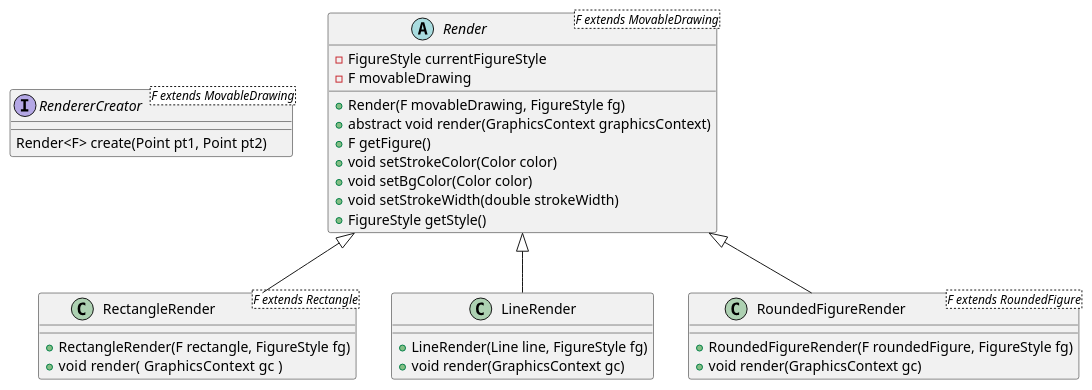
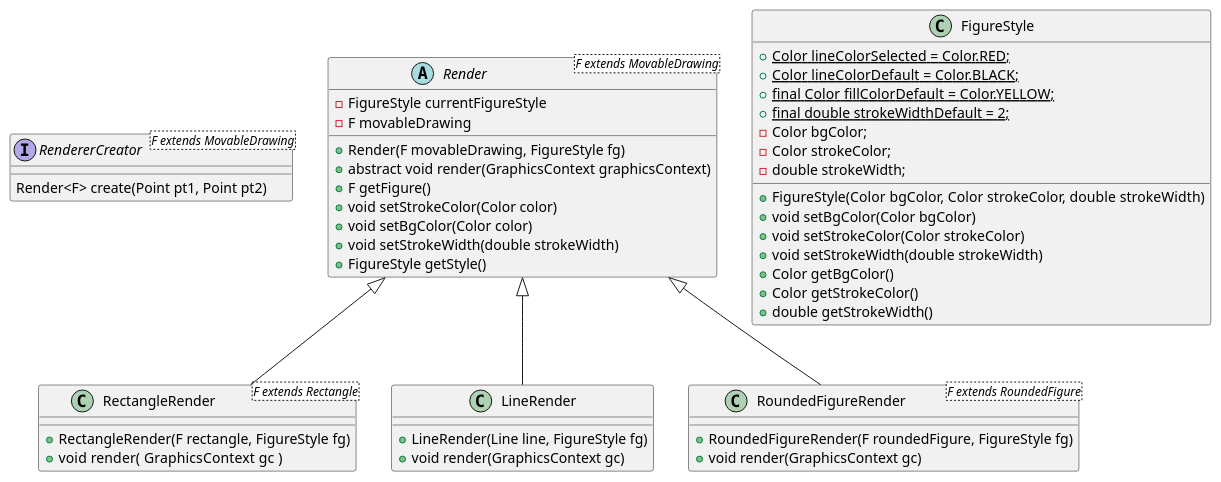
Before and after one commit to camilaDiToro/PAINT-TP-FINAL-POO: the diagram in src/main/java/frontend/UML's/Renderers.puml, drawn with PlantUML. The commit also changed 2 other files, not shown here.

Commit message:
UML's changes

```diff
--- a/src/main/java/frontend/UML's/Renderers.puml
+++ b/src/main/java/frontend/UML's/Renderers.puml
@@ -1,37 +1,57 @@
 @startuml
 'https://plantuml.com/sequence-diagram
 
 interface RendererCreator<F extends MovableDrawing> {
     Render<F> create(Point pt1, Point pt2)
 }
 
 abstract class Render<F extends MovableDrawing> {
     -FigureStyle currentFigureStyle
     -F movableDrawing
 
    +Render(F movableDrawing, FigureStyle fg)
    +abstract void render(GraphicsContext graphicsContext)
    +F getFigure()
    +void setStrokeColor(Color color)
    +void setBgColor(Color color)
    +void setStrokeWidth(double strokeWidth)
    +FigureStyle getStyle()
 }
 
 class RectangleRender<F extends Rectangle> extends Render {
 
     +RectangleRender(F rectangle, FigureStyle fg)
     +void render( GraphicsContext  gc )
 }
 
 class LineRender extends Render{
     +LineRender(Line line, FigureStyle fg)
     +void render(GraphicsContext gc)
 }
 
 class RoundedFigureRender<F extends RoundedFigure> extends Render {
     + RoundedFigureRender(F roundedFigure, FigureStyle fg)
     + void render(GraphicsContext gc)
 }
 
+class FigureStyle {
+
+    +{static} Color lineColorSelected = Color.RED;
+    +{static} Color lineColorDefault = Color.BLACK;
+    +{static} final Color fillColorDefault = Color.YELLOW;
+    +{static} final double strokeWidthDefault = 2;
+    - Color bgColor;
+    - Color strokeColor;
+    - double strokeWidth;
+
+
+    + FigureStyle(Color bgColor, Color strokeColor, double strokeWidth)
+    + void setBgColor(Color bgColor)
+    + void setStrokeColor(Color strokeColor)
+    + void setStrokeWidth(double strokeWidth)
+    + Color getBgColor()
+    + Color getStrokeColor()
+    + double getStrokeWidth()
+}
+
 @enduml
```
